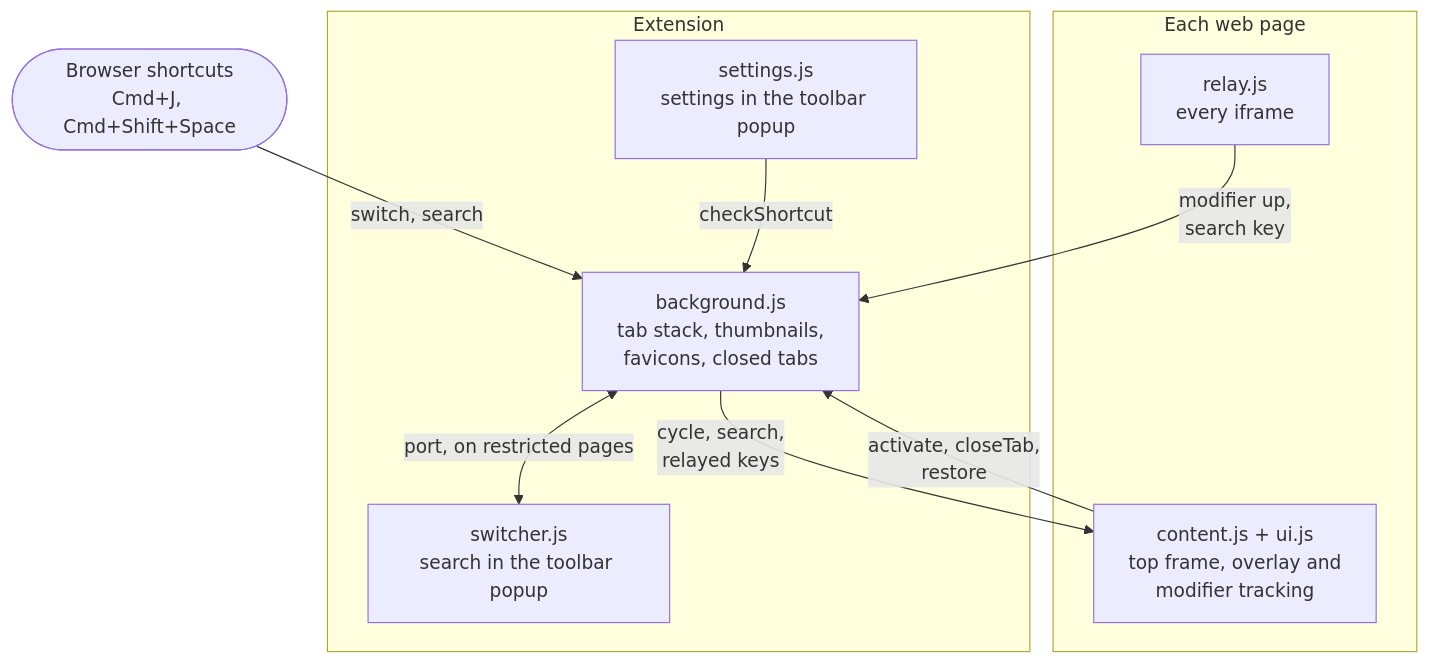
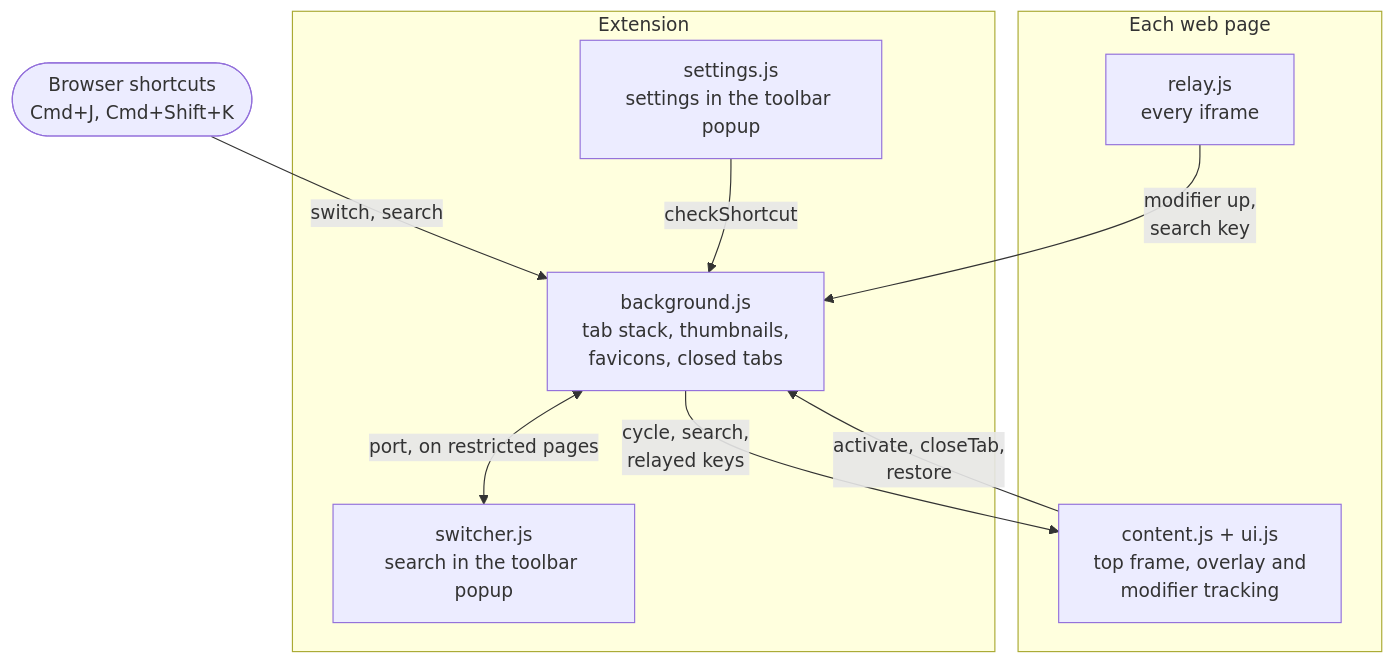
Before and after one commit to grindlemire/tabstack: the diagram in README.md, drawn with Mermaid. The commit also changed other lines of this file and 3 other files, not shown here.

First line of the commit message:
search: Cmd+Shift+K as the search shortcut

````diff
--- a/README.md
+++ b/README.md
@@ -63,22 +63,22 @@
 ```mermaid
 flowchart TB
-    keys(["Browser shortcuts<br/>Cmd+J, Cmd+Shift+Space"])
+    keys(["Browser shortcuts<br/>Cmd+J, Cmd+Shift+K"])
 
     subgraph page ["Each web page"]
         relay["relay.js<br/>every iframe"]
         content["content.js + ui.js<br/>top frame, overlay and<br/>modifier tracking"]
     end
 
     subgraph ext ["Extension"]
         bg["background.js<br/>tab stack, thumbnails,<br/>favicons, closed tabs"]
         popup["switcher.js<br/>search in the toolbar popup"]
         settings["settings.js<br/>settings in the toolbar popup"]
     end
 
     keys -->|"switch, search"| bg
     relay -->|"modifier up,<br/>search key"| bg
     bg -->|"cycle, search,<br/>relayed keys"| content
     content -->|"activate, closeTab,<br/>restore"| bg
     bg <-->|"port, on restricted pages"| popup
     settings -->|"checkShortcut"| bg
 ```
````
